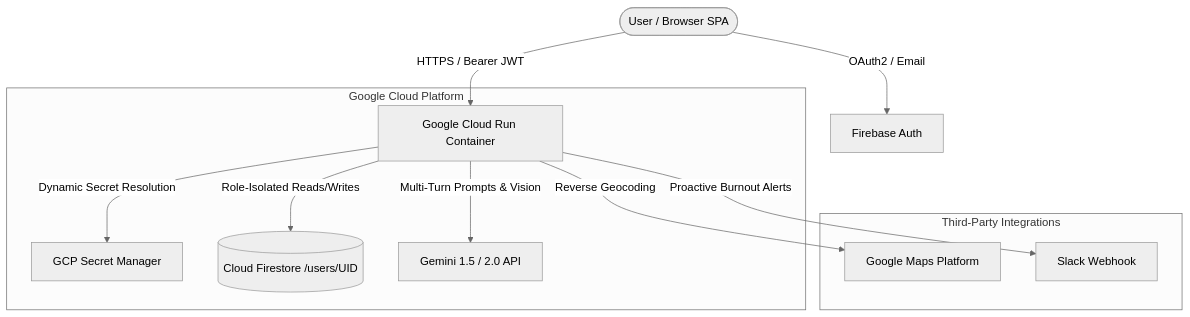
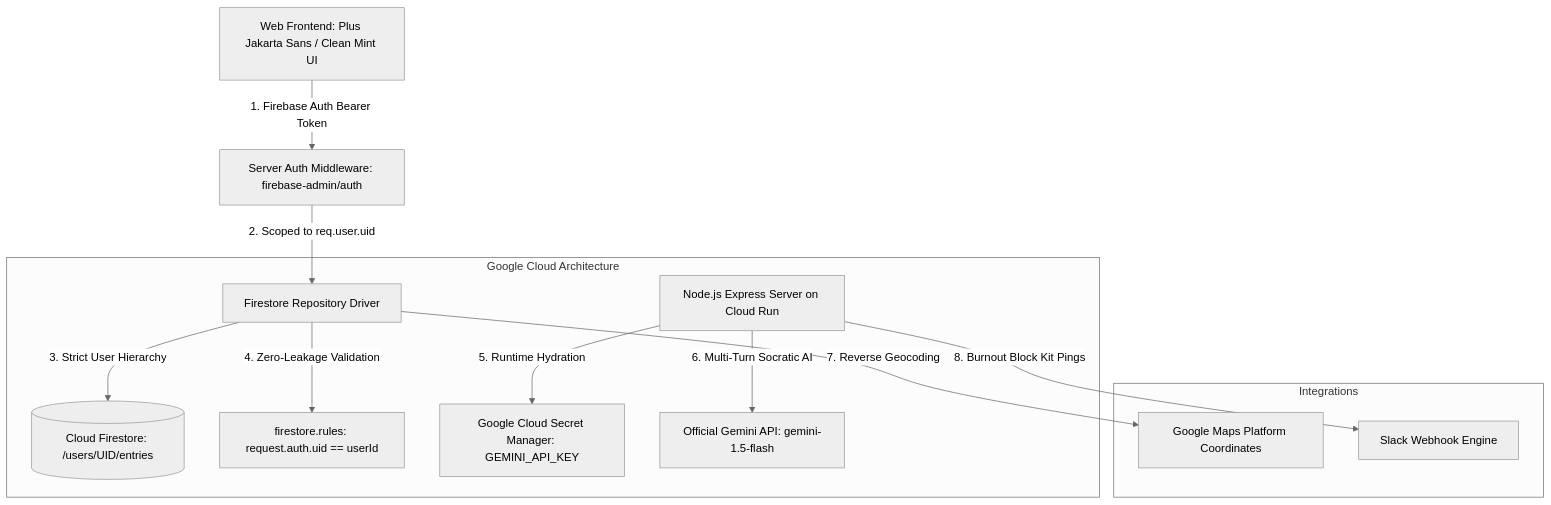
Before and after one commit to Skrishnreddy/gemini-journal: the diagram in README.md, drawn with Mermaid (neutral theme). The commit also changed other lines of this file and 3 other files, not shown here.

Commit message:
feat: harden firestore rules, add robust API fallbacks, expand custom instructions and comprehensive README

````diff
--- a/README.md
+++ b/README.md
@@ -40,16 +24,17 @@
 ```mermaid
 graph TD
-    User([User / Browser SPA]) -->|HTTPS / Bearer JWT| CloudRun[Google Cloud Run Container]
-    User -->|OAuth2 / Email| FirebaseAuth[Firebase Auth]
+    Client[Web Frontend: Plus Jakarta Sans / Clean Mint UI] -->|1. Firebase Auth Bearer Token| AuthMiddleware[Server Auth Middleware: firebase-admin/auth]
+    AuthMiddleware -->|2. Scoped to req.user.uid| Store[Firestore Repository Driver]
     
-    subgraph Google Cloud Platform
-      CloudRun -->|Dynamic Secret Resolution| GSM[GCP Secret Manager]
-      CloudRun -->|Role-Isolated Reads/Writes| Firestore[(Cloud Firestore /users/UID)]
-      CloudRun -->|Multi-Turn Prompts & Vision| Gemini[Gemini 1.5 / 2.0 API]
+    subgraph Google Cloud Architecture
+      Store -->|3. Strict User Hierarchy| Firestore[(Cloud Firestore: /users/UID/entries)]
+      Store -->|4. Zero-Leakage Validation| Rules[firestore.rules: request.auth.uid == userId]
+      Server[Node.js Express Server on Cloud Run] -->|5. Runtime Hydration| GSM[Google Cloud Secret Manager: GEMINI_API_KEY]
+      Server -->|6. Multi-Turn Socratic AI| Gemini[Official Gemini API: gemini-1.5-flash]
     end
 
-    subgraph Third-Party Integrations
-      CloudRun -->|Reverse Geocoding| MapsAPI[Google Maps Platform]
-      CloudRun -->|Proactive Burnout Alerts| Slack[Slack Webhook]
+    subgraph Integrations
+      Store -->|7. Reverse Geocoding| Maps[Google Maps Platform Coordinates]
+      Server -->|8. Burnout Block Kit Pings| Slack[Slack Webhook Engine]
     end
 ```
````
